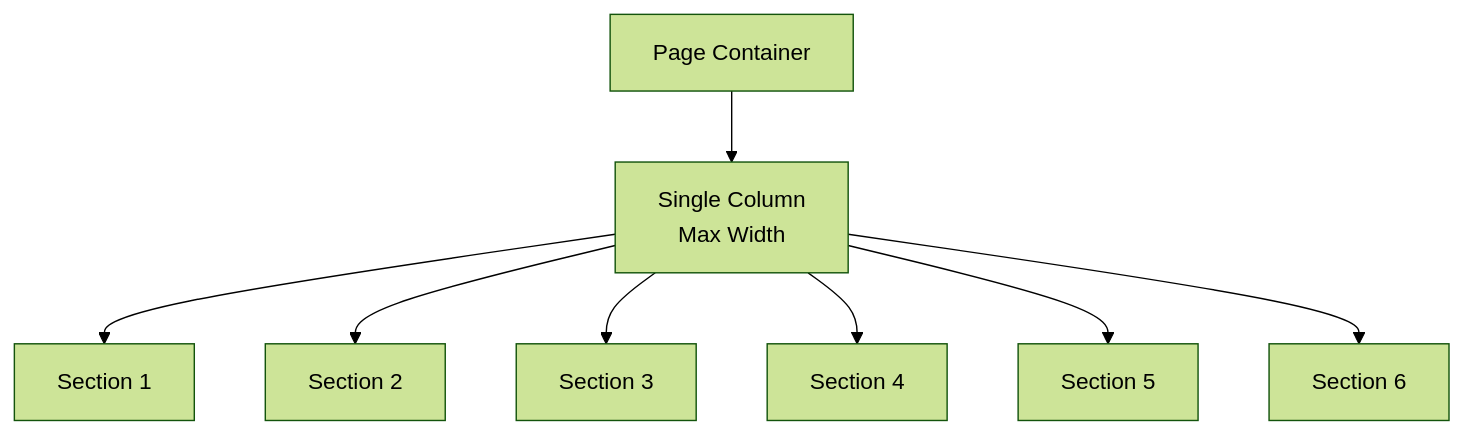
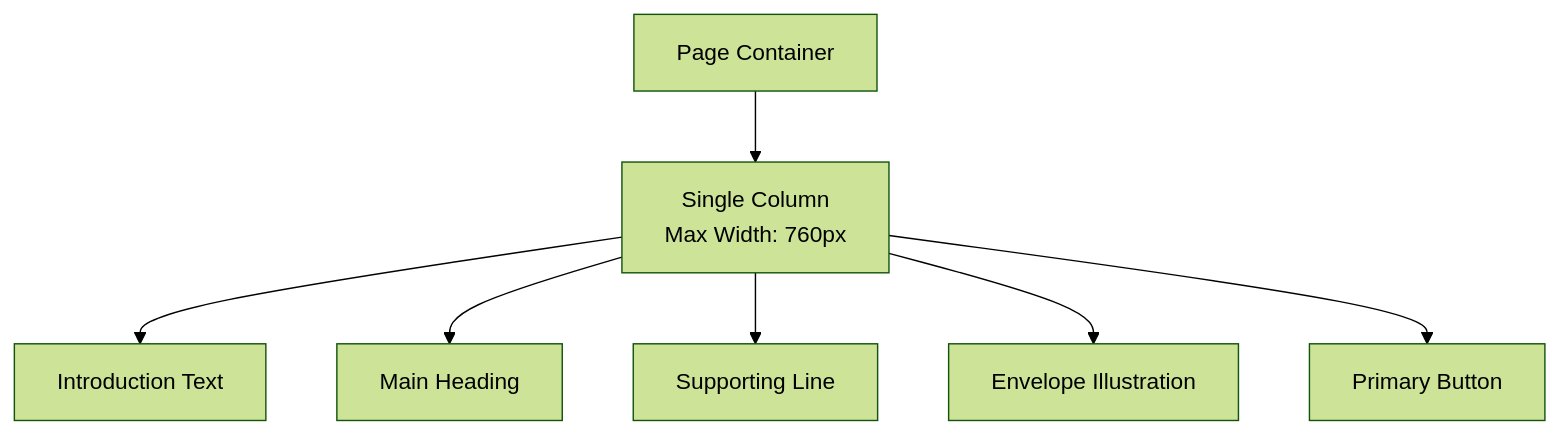
The second of 6 diagrams in .qoder/repowiki/en/content/Design System Reference/Visual Principles & Layout.md (quangkiet1/anh-xin-loi), drawn with Mermaid (forest theme) before and after one commit. The commit also changed other lines of this file and 13 other files, not shown here.

````diff
--- a/.qoder/repowiki/en/content/Design System Reference/Visual Principles & Layout.md
+++ b/.qoder/repowiki/en/content/Design System Reference/Visual Principles & Layout.md
@@ -223,10 +247,9 @@
 ```mermaid
 flowchart TD
-Page["Page Container"] --> Column["Single Column<br/>Max Width"]
-Column --> Section1["Section 1"]
-Column --> Section2["Section 2"]
-Column --> Section3["Section 3"]
-Column --> Section4["Section 4"]
-Column --> Section5["Section 5"]
-Column --> Section6["Section 6"]
+Page["Page Container"] --> Column["Single Column<br/>Max Width: 760px"]
+Column --> Intro["Introduction Text"]
+Column --> Title["Main Heading"]
+Column --> Subtitle["Supporting Line"]
+Column --> Illustration["Envelope Illustration"]
+Column --> CTA["Primary Button"]
 ```
````
